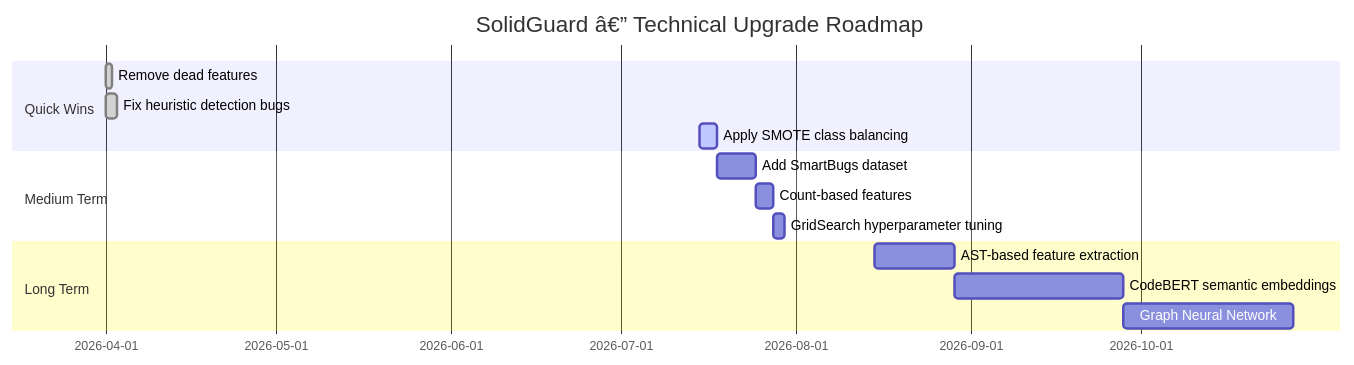
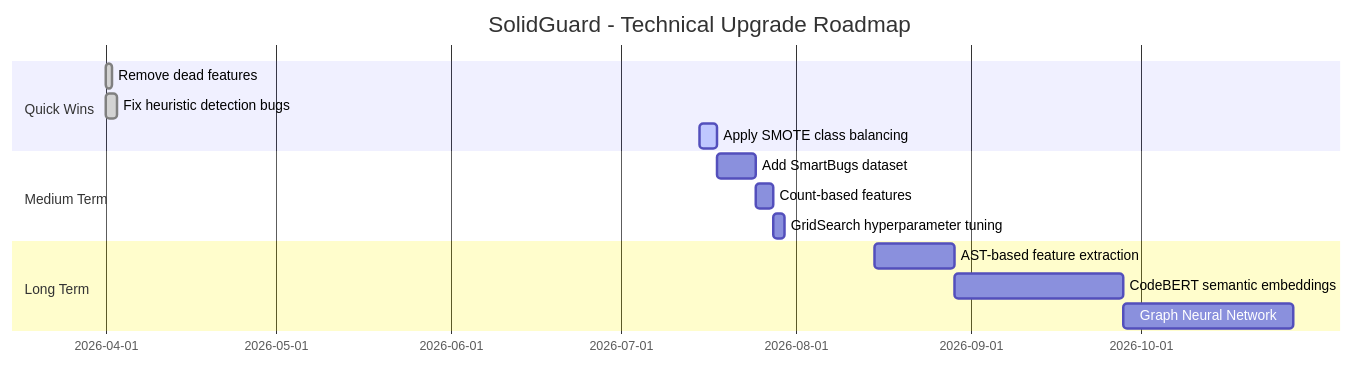
The sixth of 6 diagrams in README.md (MarutiDubey/smart-contract-detection-with-ML), drawn with Mermaid before and after one commit. The commit also changed other lines of this file, not shown here.

````diff
--- a/README.md
+++ b/README.md
@@ -656,17 +653,17 @@
 ```mermaid
 gantt
-    title SolidGuard â€” Technical Upgrade Roadmap
+    title SolidGuard - Technical Upgrade Roadmap
     dateFormat  YYYY-MM-DD
     section Quick Wins
     Remove dead features            :done, q1, 2026-04-01, 1d
     Fix heuristic detection bugs    :done, q2, 2026-04-01, 2d
     Apply SMOTE class balancing     :active, q3, 2026-07-15, 3d
     section Medium Term
     Add SmartBugs dataset           :m1, after q3, 7d
     Count-based features            :m2, after m1, 3d
     GridSearch hyperparameter tuning:m3, after m2, 2d
     section Long Term
     AST-based feature extraction    :l1, 2026-08-15, 14d
     CodeBERT semantic embeddings    :l2, after l1, 30d
     Graph Neural Network            :l3, after l2, 30d
 ```
````
